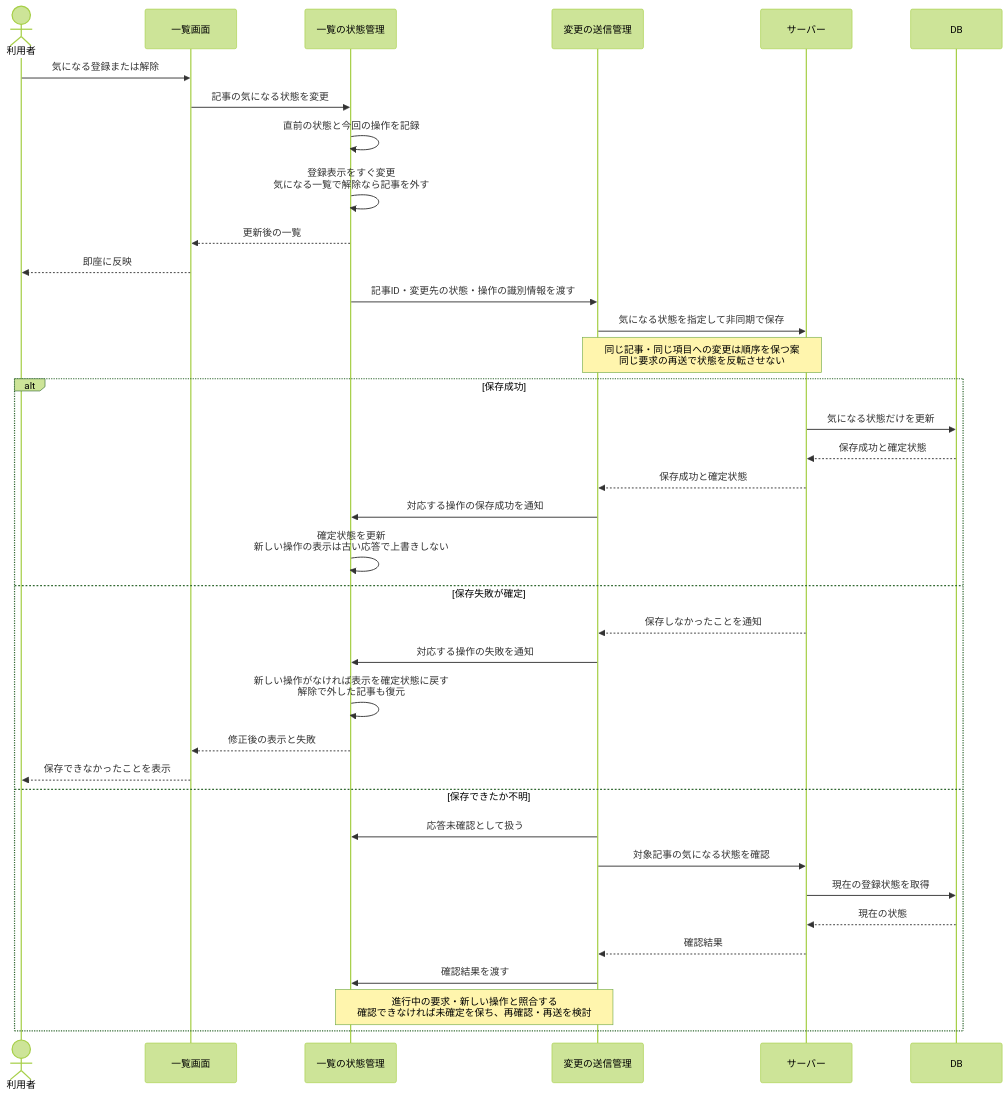
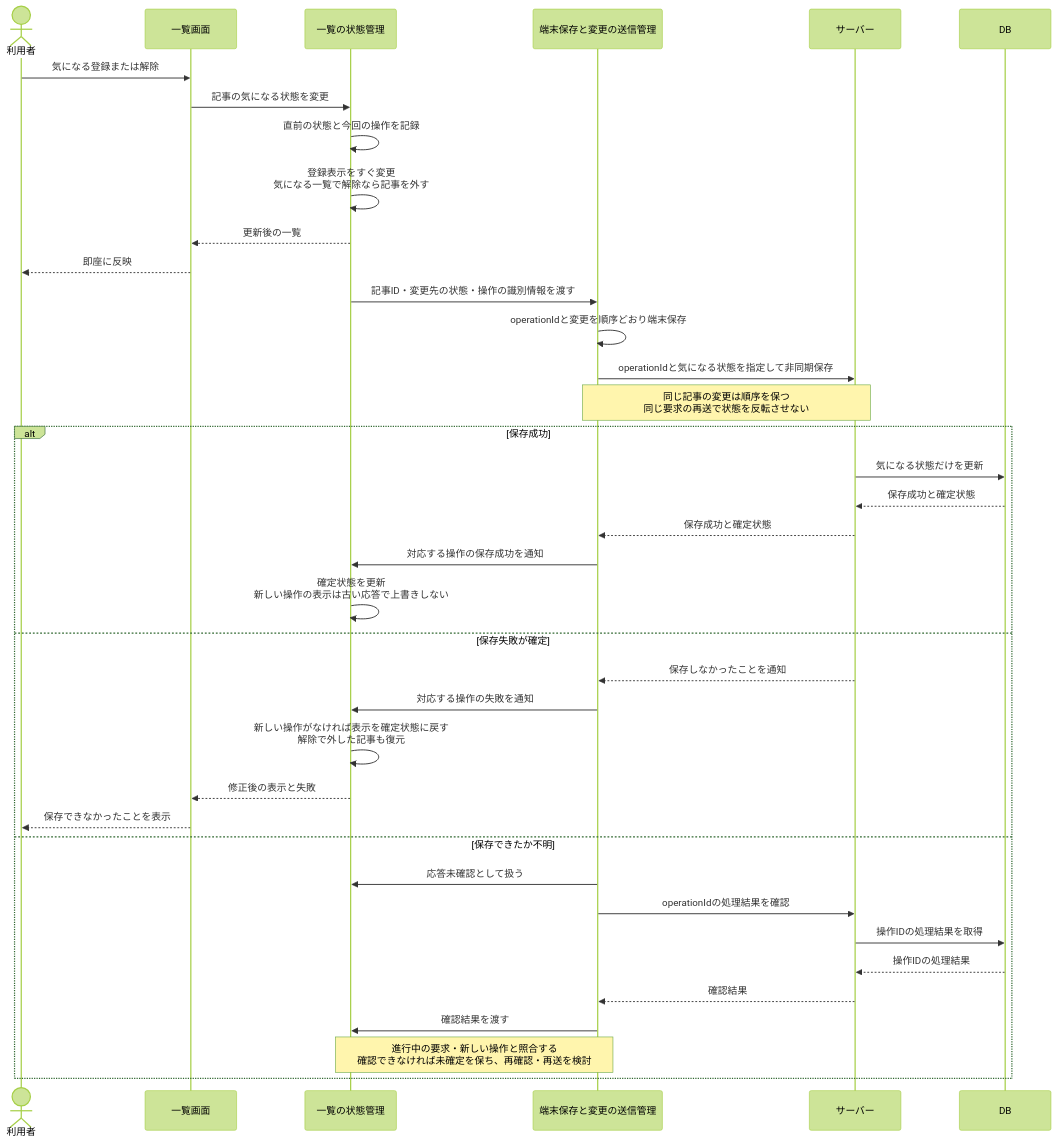
One commit to BeppuKanato/it-discovery changed the third of 6 diagrams in docs/sequences-list.md. Above: the diagram before and after it, drawn with Mermaid (forest theme). The commit also changed other lines of this file and 5 other files, not shown here.

Commit message:
docs: 確定ルールに合わせて状態遷移とシーケンス・クラス図を更新する

````diff
--- a/docs/sequences-list.md
+++ b/docs/sequences-list.md
@@ -109,41 +109,42 @@
 ```mermaid
 sequenceDiagram
     actor User as 利用者
     participant View as 一覧画面
     participant State as 一覧の状態管理
-    participant Sync as 変更の送信管理
+    participant Sync as 端末保存と変更の送信管理
     participant Server as サーバー
     participant DB as DB
 
     User->>View: 気になる登録または解除
     View->>State: 記事の気になる状態を変更
     State->>State: 直前の状態と今回の操作を記録
     State->>State: 登録表示をすぐ変更<br/>気になる一覧で解除なら記事を外す
     State-->>View: 更新後の一覧
     View-->>User: 即座に反映
     State->>Sync: 記事ID・変更先の状態・操作の識別情報を渡す
-    Sync->>Server: 気になる状態を指定して非同期で保存
-    Note over Sync,Server: 同じ記事・同じ項目への変更は順序を保つ案<br/>同じ要求の再送で状態を反転させない
+    Sync->>Sync: operationIdと変更を順序どおり端末保存
+    Sync->>Server: operationIdと気になる状態を指定して非同期保存
+    Note over Sync,Server: 同じ記事の変更は順序を保つ<br/>同じ要求の再送で状態を反転させない
 
     alt 保存成功
         Server->>DB: 気になる状態だけを更新
         DB-->>Server: 保存成功と確定状態
         Server-->>Sync: 保存成功と確定状態
         Sync->>State: 対応する操作の保存成功を通知
         State->>State: 確定状態を更新<br/>新しい操作の表示は古い応答で上書きしない
     else 保存失敗が確定
         Server-->>Sync: 保存しなかったことを通知
         Sync->>State: 対応する操作の失敗を通知
         State->>State: 新しい操作がなければ表示を確定状態に戻す<br/>解除で外した記事も復元
         State-->>View: 修正後の表示と失敗
         View-->>User: 保存できなかったことを表示
     else 保存できたか不明
         Sync->>State: 応答未確認として扱う
-        Sync->>Server: 対象記事の気になる状態を確認
-        Server->>DB: 現在の登録状態を取得
-        DB-->>Server: 現在の状態
+        Sync->>Server: operationIdの処理結果を確認
+        Server->>DB: 操作IDの処理結果を取得
+        DB-->>Server: 操作IDの処理結果
         Server-->>Sync: 確認結果
         Sync->>State: 確認結果を渡す
         Note over State,Sync: 進行中の要求・新しい操作と照合する<br/>確認できなければ未確定を保ち、再確認・再送を検討
     end
 ```
````
